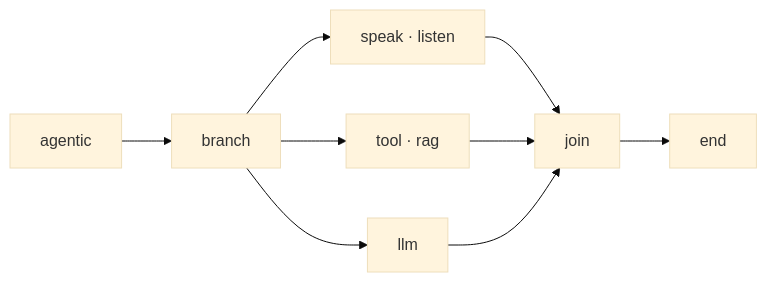
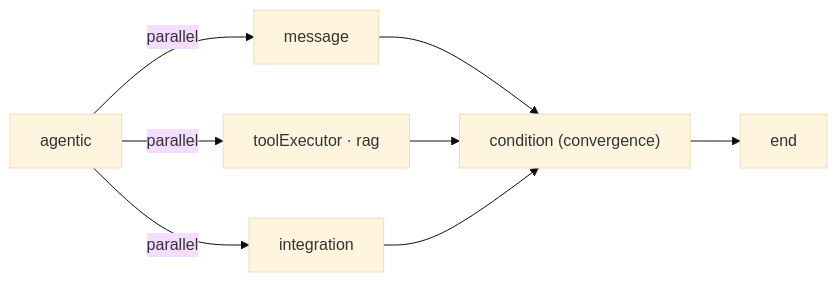
One commit to Aico-Systems/docs changed the second of 4 diagrams in platform/flows.mdx. Above: the diagram before and after it, drawn with Mermaid (base theme). The commit also changed other lines of this file and 10 other files, not shown here.

````diff
--- a/platform/flows.mdx
+++ b/platform/flows.mdx
@@ -85,11 +93,10 @@
 ```mermaid
 flowchart LR
-    A["agentic"] --> B["branch"]
-    B --> C1["speak · listen"]
-    B --> C2["tool · rag"]
-    B --> C3["llm"]
-    C1 --> J["join"]
-    C2 --> J
-    C3 --> J
-    J --> D["end"]
+    A["agentic"] -- parallel --> C1["message"]
+    A -- parallel --> C2["toolExecutor · rag"]
+    A -- parallel --> C3["integration"]
+    C1 --> D["condition (convergence)"]
+    C2 --> D
+    C3 --> D
+    D --> E["end"]
 ```
````
